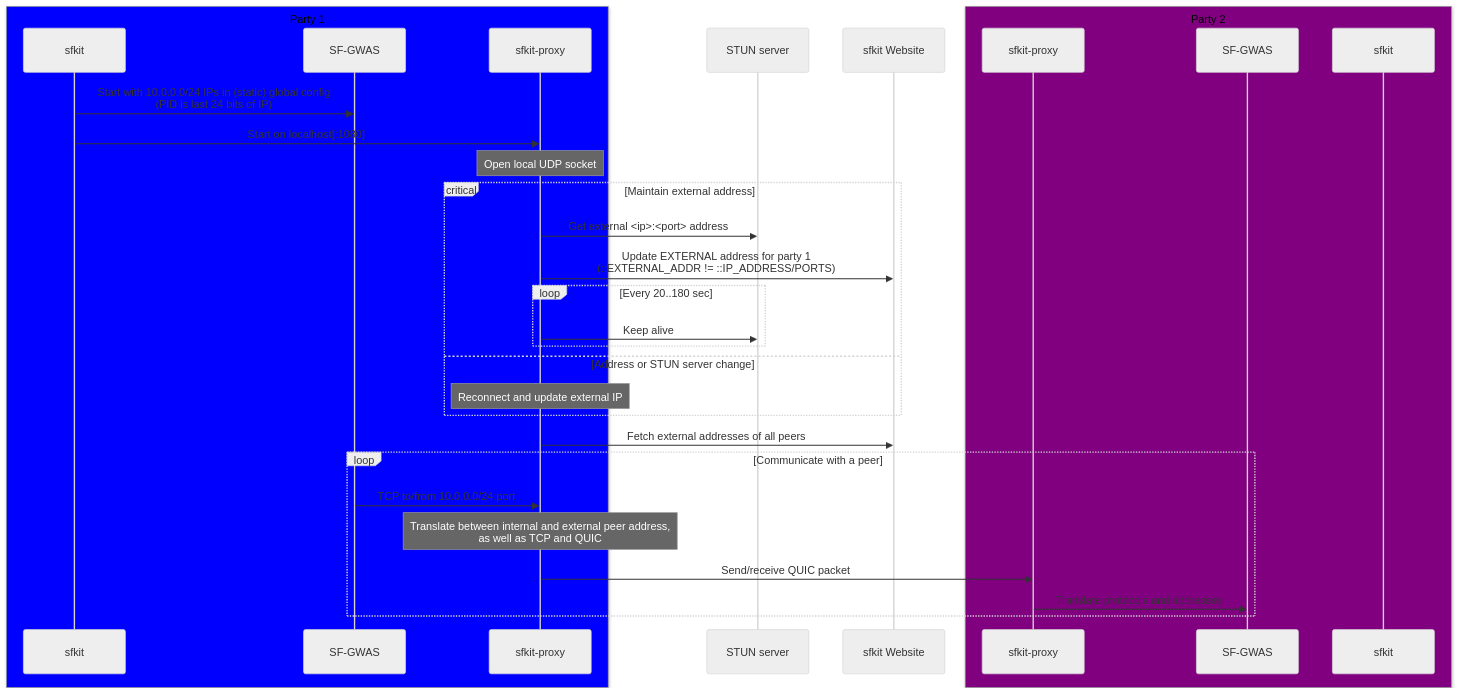
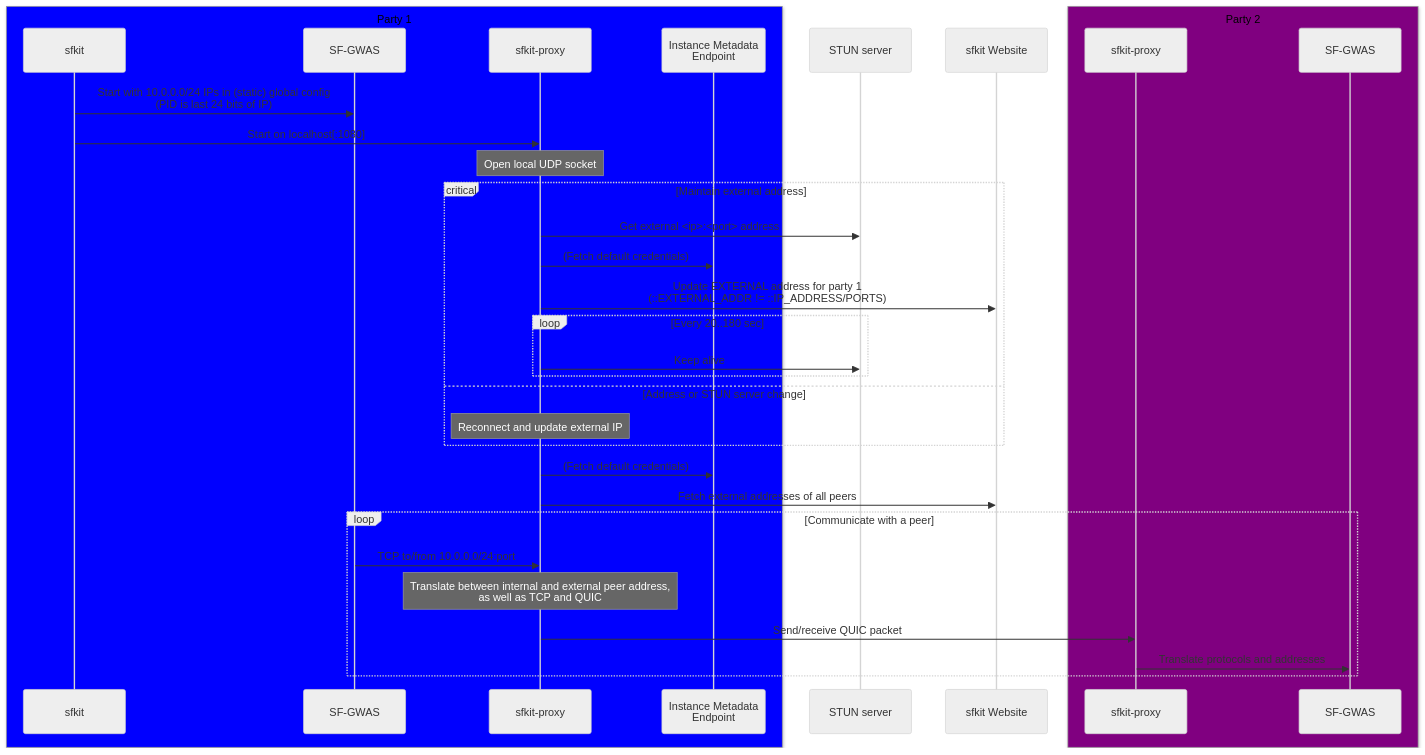
One commit to hcholab/sfkit-proxy changed the diagram in README.md. Above: the diagram before and after it, drawn with Mermaid (neutral theme). The commit also changed other lines of this file, not shown here.

Commit message:
Add notes about default cloud credentials

````diff
--- a/README.md
+++ b/README.md
@@ -53,47 +55,49 @@
 ```mermaid
 sequenceDiagram
   box Blue Party 1
   participant s1 as sfkit
   participant g1 as SF-GWAS
   participant p1 as sfkit-proxy
+  participant m1 as Instance Metadata<br/>Endpoint
   end
 
   participant t as STUN server
   participant w as sfkit Website
 
   box Purple Party 2
   participant p2 as sfkit-proxy
   participant g2 as SF-GWAS
-  participant s2 as sfkit
   end
 
   s1->>g1: Start with 10.0.0.0/24 IPs in (static) global config<br/>(PID is last 24 bits of IP)
 
   s1->>p1: Start on localhost[:1080]
 
   Note over p1: Open local UDP socket
 
   critical Maintain external address
     p1->>t: Get external <ip>:<port> address
-  
+
+    p1->>m1: (Fetch default credentials)
     p1->>w: Update EXTERNAL address for party 1<br/>(::EXTERNAL_ADDR != ::IP_ADDRESS/PORTS)
 
     loop Every 20..180 sec
       p1->>t: Keep alive
     end
   option Address or STUN server change
     Note over p1: Reconnect and update external IP
   end
 
+  p1->>m1: (Fetch default credentials)
   p1->>w: Fetch external addresses of all peers
 
   loop Communicate with a peer
     g1->>p1: TCP to/from 10.0.0.0/24:port
 
     Note over p1: Translate between internal and external peer address,<br/>as well as TCP and QUIC
 
     p1->>p2: Send/receive QUIC packet
 
     p2->>g2: Translate protocols and addresses 
   end
 ```
````
